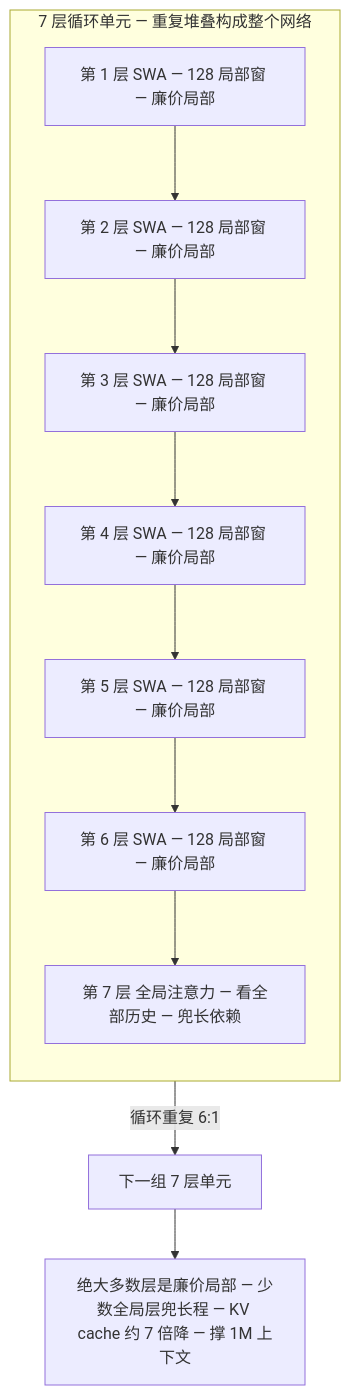
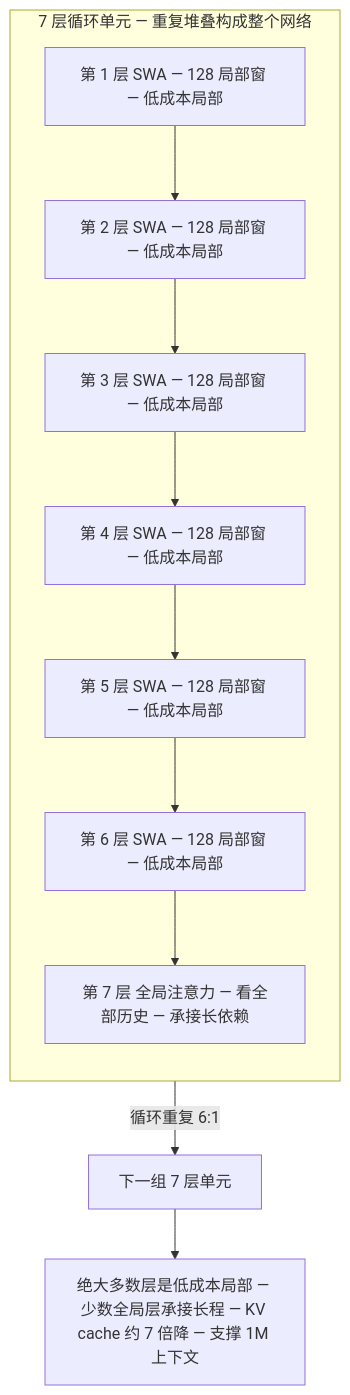
Before and after one commit to lloo099/mission44: the first of 4 diagrams in docs/blog/dispatch-07-mimo-v2-5.md, drawn with Mermaid. The commit also changed other lines of this file and 24 other files, not shown here.

Commit message:
全站文风统一:29 篇按'专业简洁、去口语化'标准批量修订 — 确定性替换 100 处(崩法→失稳模式/洼地→空白领域/占坑→公开工作/黑箱→未公开/datatype 动物园→谱系/押注→投入/护城河→竞争壁垒 等)+ 8 个编辑 agent 分批逐句精修(D24 单篇 38 处;两轮均遇用量上限中断后续跑完成)+ blog.json 摘要 6 处 + 综述残留 2 处. 术语全站一致化; 29 文件 mermaid 全验证 0 errors; 快照页同步重建

````diff
--- a/docs/blog/dispatch-07-mimo-v2-5.md
+++ b/docs/blog/dispatch-07-mimo-v2-5.md
@@ -29,16 +29,16 @@
 ```mermaid
 flowchart TB
   subgraph UNIT ["7 层循环单元 — 重复堆叠构成整个网络"]
     direction TB
-    L1["第 1 层 SWA — 128 局部窗 — 廉价局部"]
-    L2["第 2 层 SWA — 128 局部窗 — 廉价局部"]
-    L3["第 3 层 SWA — 128 局部窗 — 廉价局部"]
-    L4["第 4 层 SWA — 128 局部窗 — 廉价局部"]
-    L5["第 5 层 SWA — 128 局部窗 — 廉价局部"]
-    L6["第 6 层 SWA — 128 局部窗 — 廉价局部"]
-    G["第 7 层 全局注意力 — 看全部历史 — 兜长依赖"]
+    L1["第 1 层 SWA — 128 局部窗 — 低成本局部"]
+    L2["第 2 层 SWA — 128 局部窗 — 低成本局部"]
+    L3["第 3 层 SWA — 128 局部窗 — 低成本局部"]
+    L4["第 4 层 SWA — 128 局部窗 — 低成本局部"]
+    L5["第 5 层 SWA — 128 局部窗 — 低成本局部"]
+    L6["第 6 层 SWA — 128 局部窗 — 低成本局部"]
+    G["第 7 层 全局注意力 — 看全部历史 — 承接长依赖"]
     L1 --> L2 --> L3 --> L4 --> L5 --> L6 --> G
   end
   G -->|"循环重复 6:1"| NEXT["下一组 7 层单元"]
-  NEXT --> ALL["绝大多数层是廉价局部 — 少数全局层兜长程 — KV cache 约 7 倍降 — 撑 1M 上下文"]
+  NEXT --> ALL["绝大多数层是低成本局部 — 少数全局层承接长程 — KV cache 约 7 倍降 — 支撑 1M 上下文"]
 ```
````
